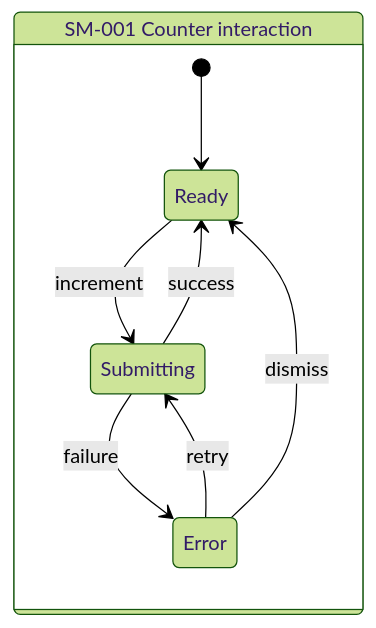
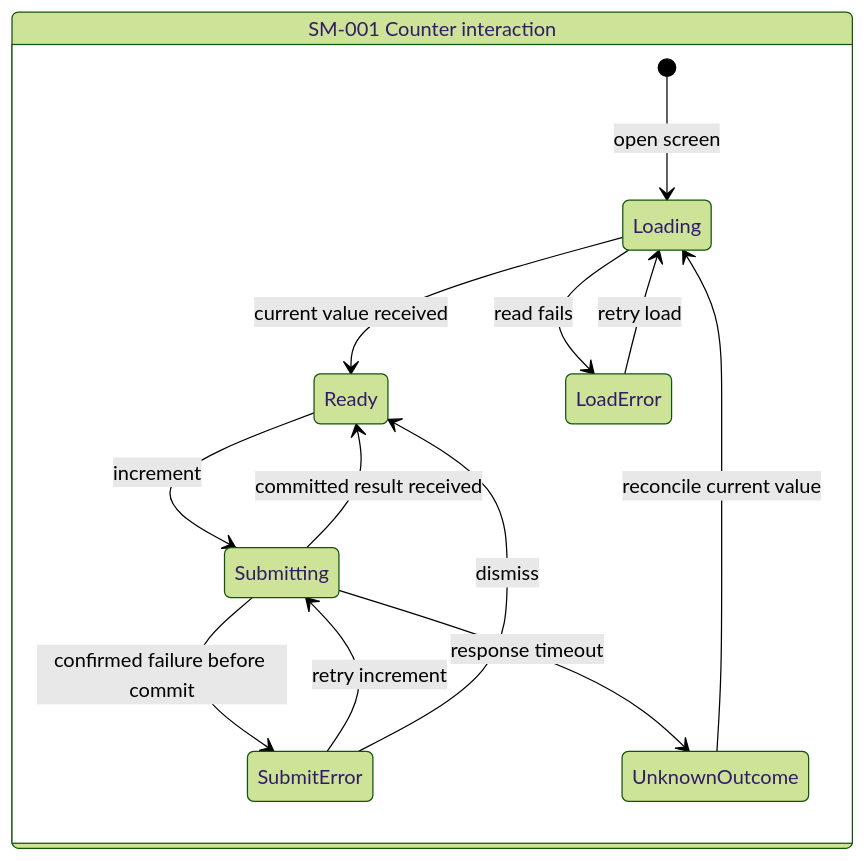
One commit to swabbie-dev/product-intent-package changed the diagram in skills/product-intent-manager/assets/example-product-intent-package/behavior/state-machines.md. Above: the diagram before and after it, drawn with Mermaid (forest theme). The commit also changed other lines of this file and 40 other files, not shown here.

Commit message:
Update PIP runtime architecture guidance

````diff
--- a/skills/product-intent-manager/assets/example-product-intent-package/behavior/state-machines.md
+++ b/skills/product-intent-manager/assets/example-product-intent-package/behavior/state-machines.md
@@ -1,11 +1,16 @@
 ```mermaid
 stateDiagram-v2
   state "SM-001 Counter interaction" as SM_001 {
-    [*] --> Ready
+    [*] --> Loading: open screen
+    Loading --> Ready: current value received
+    Loading --> LoadError: read fails
+    LoadError --> Loading: retry load
     Ready --> Submitting: increment
-    Submitting --> Ready: success
-    Submitting --> Error: failure
-    Error --> Submitting: retry
-    Error --> Ready: dismiss
+    Submitting --> Ready: committed result received
+    Submitting --> SubmitError: confirmed failure before commit
+    Submitting --> UnknownOutcome: response timeout
+    SubmitError --> Submitting: retry increment
+    SubmitError --> Ready: dismiss
+    UnknownOutcome --> Loading: reconcile current value
   }
 ```
````
